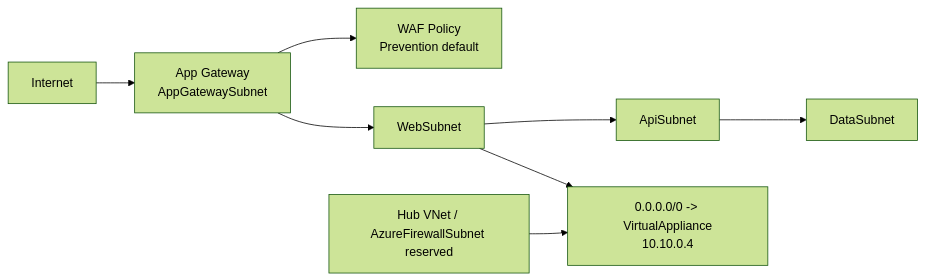
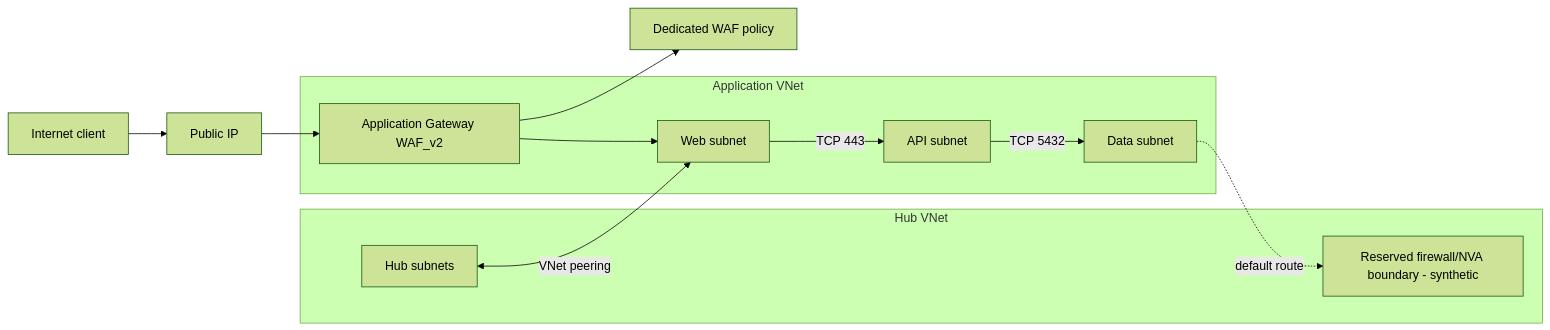
One commit to berkeleyo/production-cloud-network-platform changed the diagram in README.md. Above: the diagram before and after it, drawn with Mermaid (forest theme). The commit also changed other lines of this file and 8 other files, not shown here.

````diff
--- a/README.md
+++ b/README.md
@@ -7,10 +23,24 @@
 ```mermaid
 flowchart LR
-    Internet --> AGW[App Gateway<br/>AppGatewaySubnet]
-    AGW --> WAF[WAF Policy<br/>Prevention default]
-    AGW --> Web[WebSubnet]
-    Web --> API[ApiSubnet]
-    API --> Data[DataSubnet]
-    Web --> Egress[0.0.0.0/0 -> VirtualAppliance<br/>10.10.0.4]
-    Hub[Hub VNet / AzureFirewallSubnet reserved] --> Egress
+  Client[Internet client] --> PIP[Public IP]
+  PIP --> AGW[Application Gateway WAF_v2]
+  AGW --> WAF[Dedicated WAF policy]
+  AGW --> WEB[Web subnet]
+  WEB -->|TCP 443| API[API subnet]
+  API -->|TCP 5432| DATA[Data subnet]
+
+  subgraph Hub VNet
+    HUB[Hub subnets]
+    FIREWALL[Reserved firewall/NVA boundary - synthetic]
+  end
+
+  subgraph Application VNet
+    WEB
+    API
+    DATA
+    AGW
+  end
+
+  HUB <-->|VNet peering| WEB
+  DATA -. default route .-> FIREWALL
 ```
````
